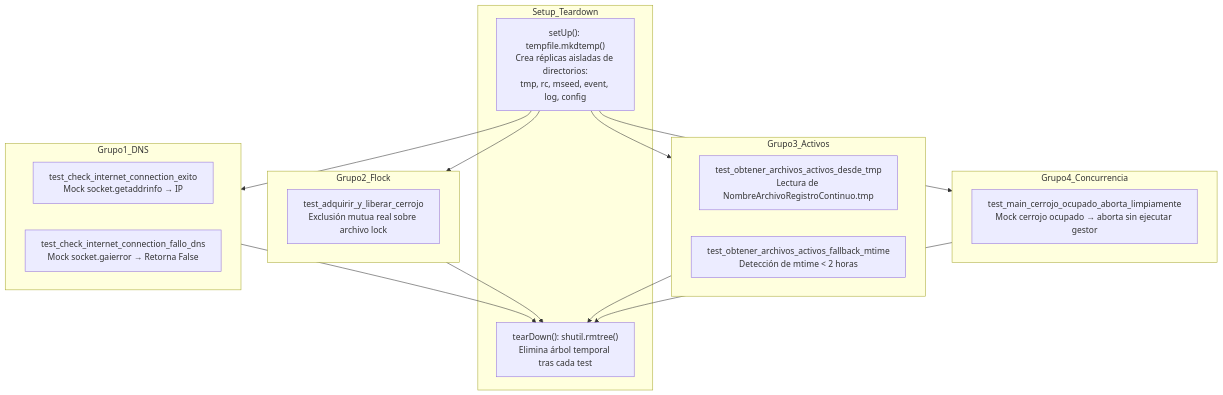
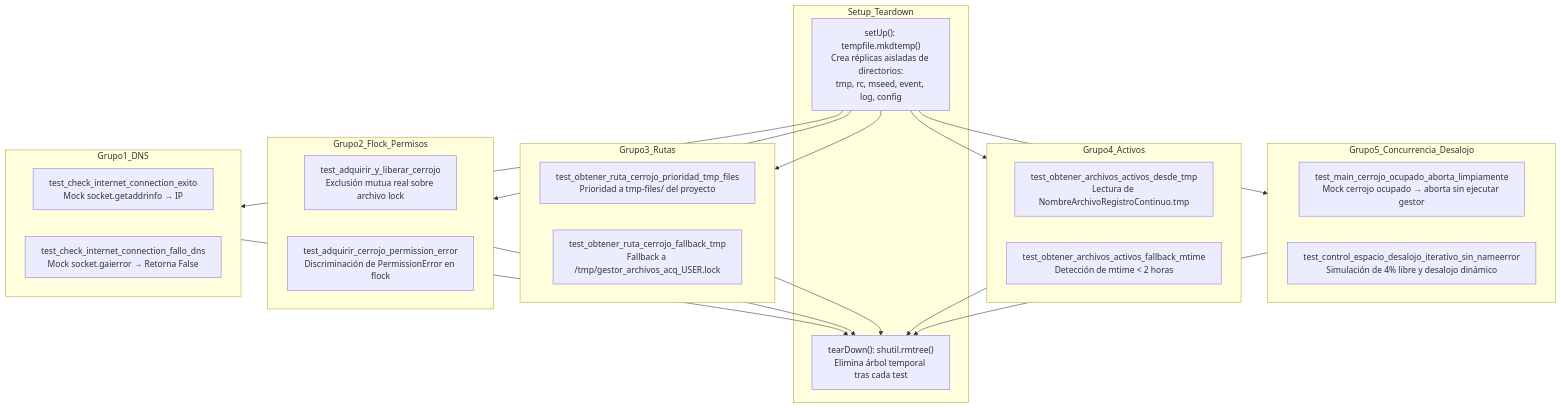
One commit to RSA-Proyectos/RSA-Acelerografo changed the diagram in docs/context/test_gestor_archivos_acq_context.md. Above: the diagram before and after it, drawn with Mermaid. The commit also changed other lines of this file and 5 other files, not shown here.

````diff
--- a/docs/context/test_gestor_archivos_acq_context.md
+++ b/docs/context/test_gestor_archivos_acq_context.md
@@ -23,34 +23,43 @@
 ```mermaid
 graph TD
     subgraph Setup_Teardown
         MKDIR["setUp(): tempfile.mkdtemp()<br>Crea réplicas aisladas de directorios:<br>tmp, rc, mseed, event, log, config"]
         CLEAN["tearDown(): shutil.rmtree()<br>Elimina árbol temporal tras cada test"]
     end
 
     subgraph Grupo1_DNS
         T1["test_check_internet_connection_exito<br>Mock socket.getaddrinfo → IP"]
         T2["test_check_internet_connection_fallo_dns<br>Mock socket.gaierror → Retorna False"]
     end
 
-    subgraph Grupo2_Flock
+    subgraph Grupo2_Flock_Permisos
         T3["test_adquirir_y_liberar_cerrojo<br>Exclusión mutua real sobre archivo lock"]
+        T7["test_adquirir_cerrojo_permission_error<br>Discriminación de PermissionError en flock"]
     end
 
-    subgraph Grupo3_Activos
+    subgraph Grupo3_Rutas
+        T8["test_obtener_ruta_cerrojo_prioridad_tmp_files<br>Prioridad a tmp-files/ del proyecto"]
+        T9["test_obtener_ruta_cerrojo_fallback_tmp<br>Fallback a /tmp/gestor_archivos_acq_USER.lock"]
+    end
+
+    subgraph Grupo4_Activos
         T4["test_obtener_archivos_activos_desde_tmp<br>Lectura de NombreArchivoRegistroContinuo.tmp"]
         T5["test_obtener_archivos_activos_fallback_mtime<br>Detección de mtime < 2 horas"]
     end
 
-    subgraph Grupo4_Concurrencia
+    subgraph Grupo5_Concurrencia_Desalojo
         T6["test_main_cerrojo_ocupado_aborta_limpiamente<br>Mock cerrojo ocupado → aborta sin ejecutar gestor"]
+        T10["test_control_espacio_desalojo_iterativo_sin_nameerror<br>Simulación de 4% libre y desalojo dinámico"]
     end
 
     MKDIR --> Grupo1_DNS
-    MKDIR --> Grupo2_Flock
-    MKDIR --> Grupo3_Activos
-    MKDIR --> Grupo4_Concurrencia
+    MKDIR --> Grupo2_Flock_Permisos
+    MKDIR --> Grupo3_Rutas
+    MKDIR --> Grupo4_Activos
+    MKDIR --> Grupo5_Concurrencia_Desalojo
     Grupo1_DNS --> CLEAN
-    Grupo2_Flock --> CLEAN
-    Grupo3_Activos --> CLEAN
-    Grupo4_Concurrencia --> CLEAN
+    Grupo2_Flock_Permisos --> CLEAN
+    Grupo3_Rutas --> CLEAN
+    Grupo4_Activos --> CLEAN
+    Grupo5_Concurrencia_Desalojo --> CLEAN
 ```
````
